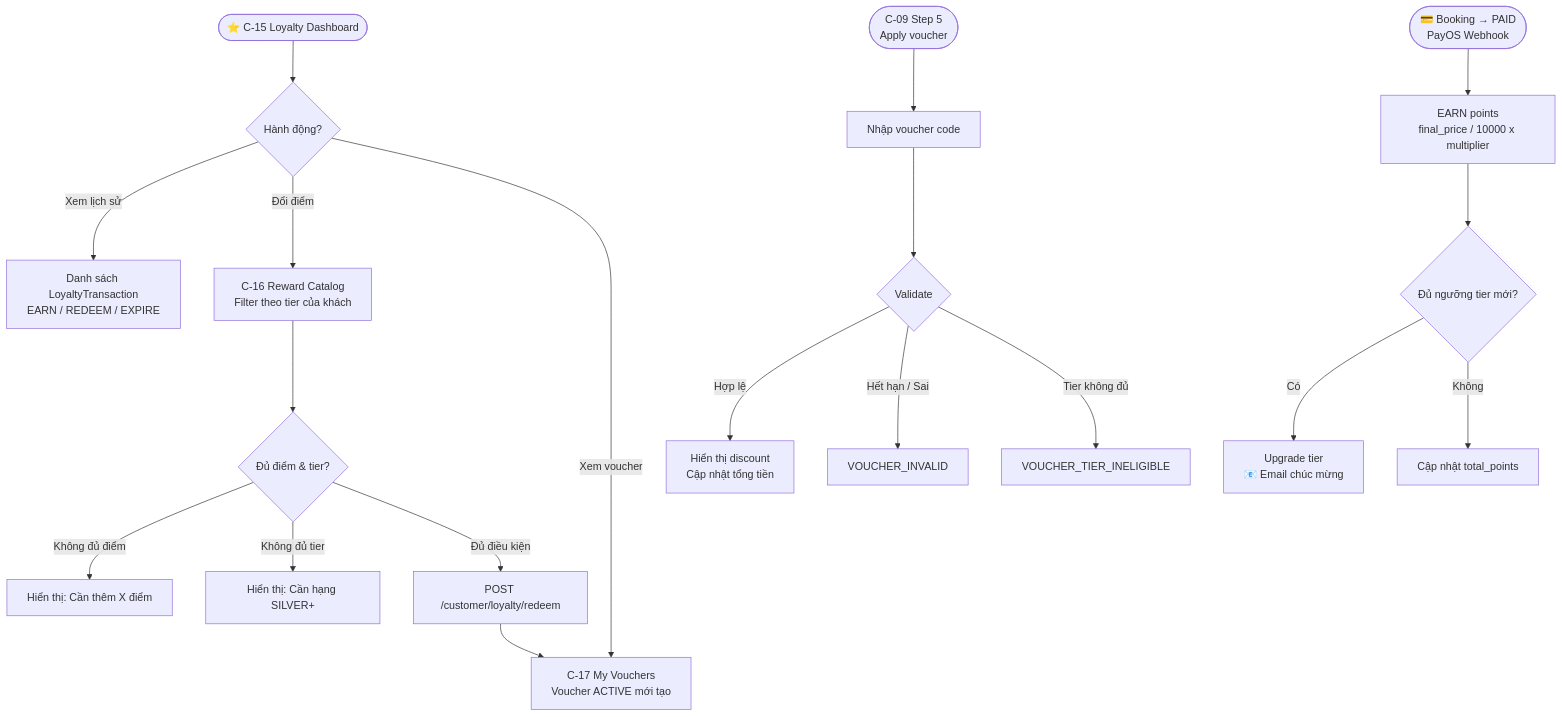
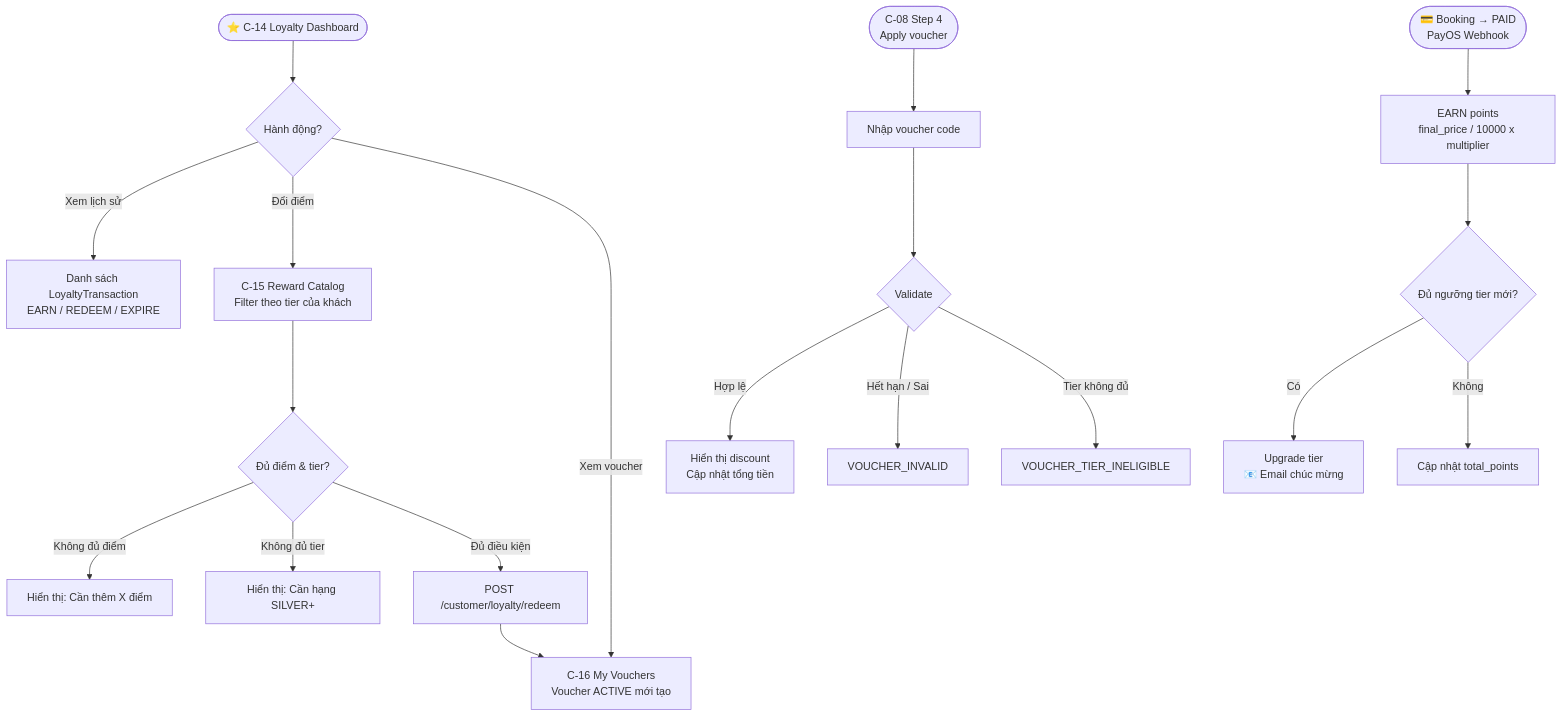
One commit to autowashpro/AutoWash_Pro changed the third of 6 diagrams in docs/ui_flow_wireframe.md. Above: the diagram before and after it, drawn with Mermaid. The commit also changed other lines of this file and 5 other files, not shown here.

````diff
--- a/docs/ui_flow_wireframe.md
+++ b/docs/ui_flow_wireframe.md
@@ -187,21 +178,21 @@
 ```mermaid
 flowchart TD
-    A([⭐ C-15 Loyalty Dashboard]) --> B{Hành động?}
+    A([⭐ C-14 Loyalty Dashboard]) --> B{Hành động?}
     B -->|Xem lịch sử| C[Danh sách LoyaltyTransaction\nEARN / REDEEM / EXPIRE]
-    B -->|Đổi điểm| D[C-16 Reward Catalog\nFilter theo tier của khách]
+    B -->|Đổi điểm| D[C-15 Reward Catalog\nFilter theo tier của khách]
     D --> E{Đủ điểm & tier?}
     E -->|Không đủ điểm| F[Hiển thị: Cần thêm X điểm]
     E -->|Không đủ tier| G[Hiển thị: Cần hạng SILVER+]
     E -->|Đủ điều kiện| H[POST /customer/loyalty/redeem]
-    H --> I[C-17 My Vouchers\nVoucher ACTIVE mới tạo]
+    H --> I[C-16 My Vouchers\nVoucher ACTIVE mới tạo]
     B -->|Xem voucher| I
-    J([C-09 Step 5\nApply voucher]) --> K[Nhập voucher code]
+    J([C-08 Step 4\nApply voucher]) --> K[Nhập voucher code]
     K --> L{Validate}
     L -->|Hợp lệ| M[Hiển thị discount\nCập nhật tổng tiền]
     L -->|Hết hạn / Sai| N[VOUCHER_INVALID]
     L -->|Tier không đủ| O[VOUCHER_TIER_INELIGIBLE]
     P([💳 Booking → PAID\nPayOS Webhook]) --> Q[EARN points\nfinal_price / 10000 x multiplier]
     Q --> R{Đủ ngưỡng tier mới?}
     R -->|Có| S[Upgrade tier\n📧 Email chúc mừng]
     R -->|Không| T[Cập nhật total_points]
 ```
````
